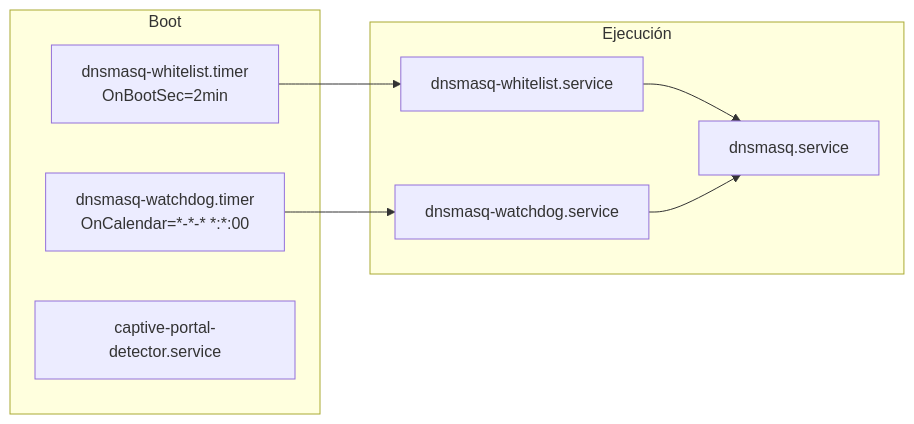
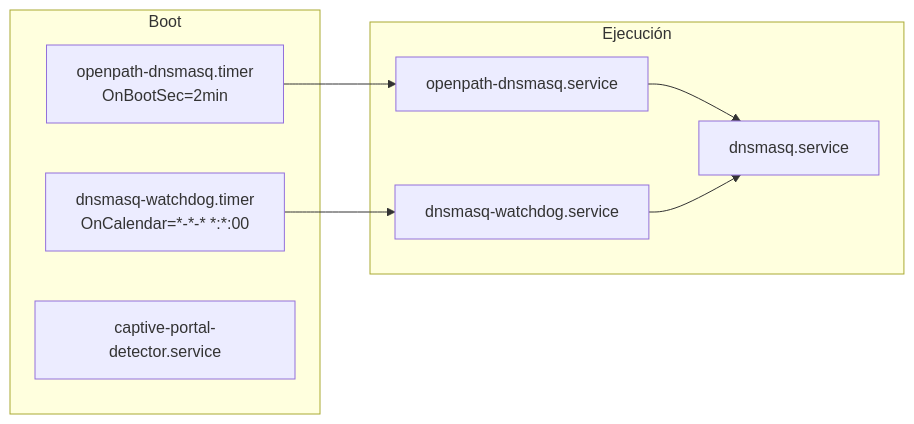
One commit to balejosg/whitelist changed the fourth of 7 diagrams in docs/ADR.md. Above: the diagram before and after it, drawn with Mermaid. The commit also changed other lines of this file and 30 other files, not shown here.

````diff
--- a/docs/ADR.md
+++ b/docs/ADR.md
@@ -318,19 +318,19 @@
 ```mermaid
 graph LR
     subgraph "Boot"
-        TIMER1["dnsmasq-whitelist.timer<br/>OnBootSec=2min"]
+        TIMER1["openpath-dnsmasq.timer<br/>OnBootSec=2min"]
         TIMER2["dnsmasq-watchdog.timer<br/>OnCalendar=*-*-* *:*:00"]
         CAPTIVE["captive-portal-detector.service"]
     end
     
     subgraph "Ejecución"
-        S1["dnsmasq-whitelist.service"]
+        S1["openpath-dnsmasq.service"]
         S2["dnsmasq-watchdog.service"]
         DNSMASQ["dnsmasq.service"]
     end
     
     TIMER1 --> S1
     TIMER2 --> S2
     S1 --> DNSMASQ
     S2 --> DNSMASQ
 ```
````
